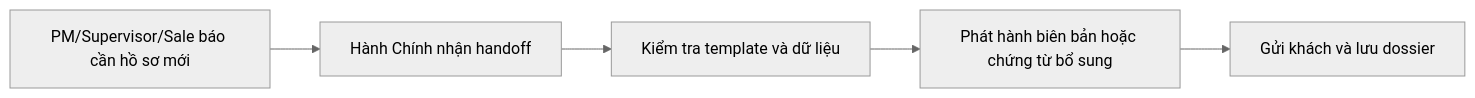
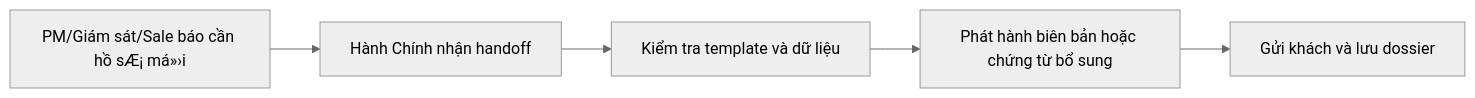
One commit to dungnt118/sira-thi-cong changed the sixth of 6 diagrams in documents/BA-V4/03-UI-UX-Design/HanhChinh/User_Flows_HanhChinh_v4.md. Above: the diagram before and after it, drawn with Mermaid (neutral theme). The commit also changed other lines of this file and 56 other files, not shown here.

````diff
--- a/documents/BA-V4/03-UI-UX-Design/HanhChinh/User_Flows_HanhChinh_v4.md
+++ b/documents/BA-V4/03-UI-UX-Design/HanhChinh/User_Flows_HanhChinh_v4.md
@@ -61,7 +61,7 @@
 ```mermaid
 flowchart LR
-    A["PM/Supervisor/Sale báo cần hồ sơ mới"] --> B["Hành Chính nhận handoff"]
+    A["PM/Giám sát/Sale báo cần hồ sÆ¡ má»›i"] --> B["Hành Chính nhận handoff"]
     B --> C["Kiểm tra template và dữ liệu"]
     C --> D["Phát hành biên bản hoặc chứng từ bổ sung"]
     D --> E["Gửi khách và lưu dossier"]
 ```
````
